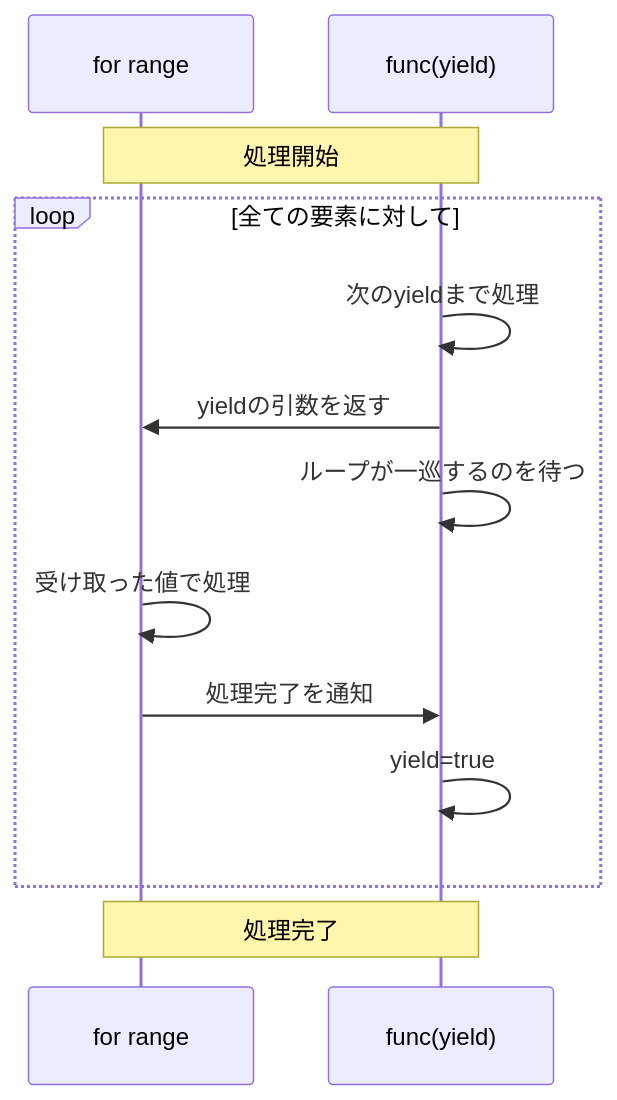
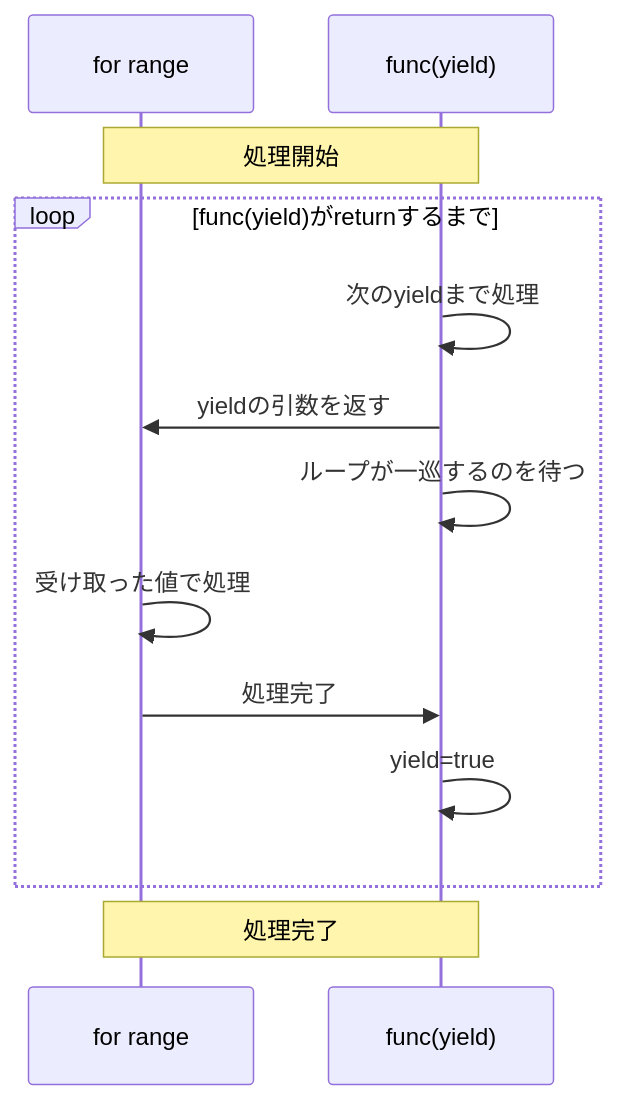
The first of 2 diagrams in articles/range-over-func-beginner.md (tenkoh/zenn-content), drawn with Mermaid before and after one commit. The commit also changed other lines of this file, not shown here.

Commit message:
article/range-over-func-beginner/注釈および処理フローの改善 (#12)

````diff
--- a/articles/range-over-func-beginner.md
+++ b/articles/range-over-func-beginner.md
@@ -124,18 +124,18 @@
 ```mermaid
 sequenceDiagram
     participant FR as for range
     participant FY as func(yield)
     
     Note over FR,FY: 処理開始
     
-    loop 全ての要素に対して
+    loop func(yield)がreturnするまで
         FY->>FY: 次のyieldまで処理
         FY->>FR: yieldの引数を返す
         FY->>FY: ループが一巡するのを待つ
         FR->>FR: 受け取った値で処理
-        FR->>FY: 処理完了を通知
+        FR->>FY: 処理完了
         FY->>FY: yield=true
     end
 
     Note over FR,FY: 処理完了
 ```
````
